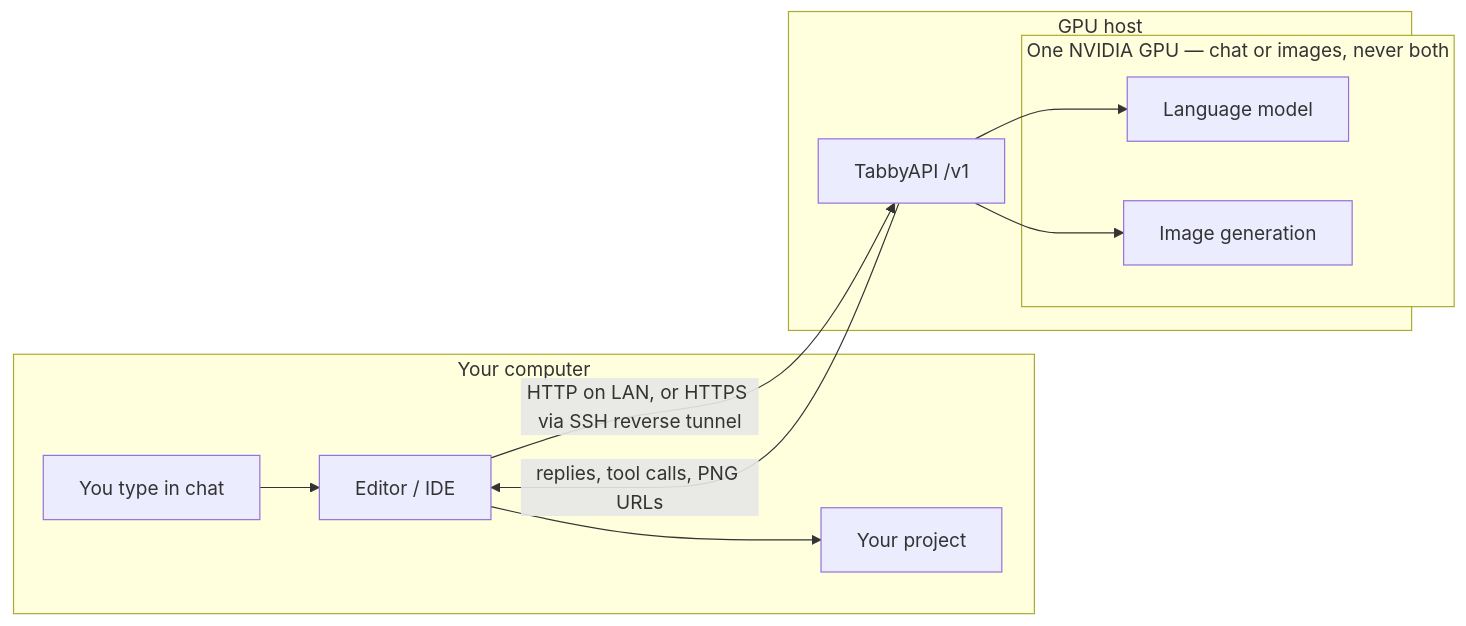
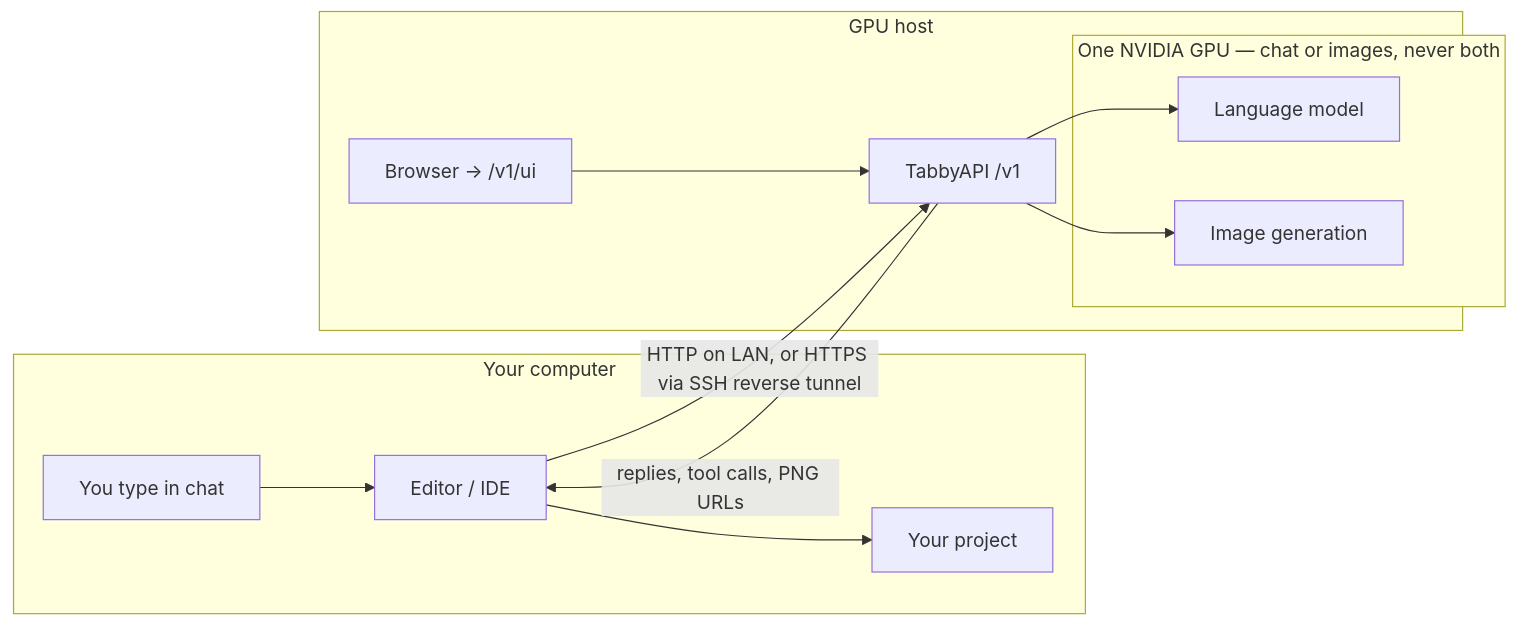
The diagram in README.md (styelz/tabby-stack-archlinux), drawn with Mermaid before and after one commit. The commit also changed other lines of this file and 14 other files, not shown here.

Commit message:
Document the /v1/ui console and add Status page host/GPU graphs.

````diff
--- a/README.md
+++ b/README.md
@@ -9,23 +9,25 @@
 ```mermaid
 flowchart LR
     subgraph client ["Your computer"]
         You["You type in chat"]
         IDE["Editor / IDE"]
         Files["Your project"]
         You --> IDE
         IDE --> Files
     end
 
     subgraph host ["GPU host"]
+        Browser["Browser → /v1/ui"]
         API["TabbyAPI /v1"]
         subgraph gpu ["One NVIDIA GPU — chat or images, never both"]
             LLM["Language model"]
             Comfy["Image generation"]
         end
+        Browser --> API
         API --> LLM
         API --> Comfy
     end
 
     IDE -->|"HTTP on LAN, or HTTPS via SSH reverse tunnel"| API
     API -->|"replies, tool calls, PNG URLs"| IDE
 ```
````
